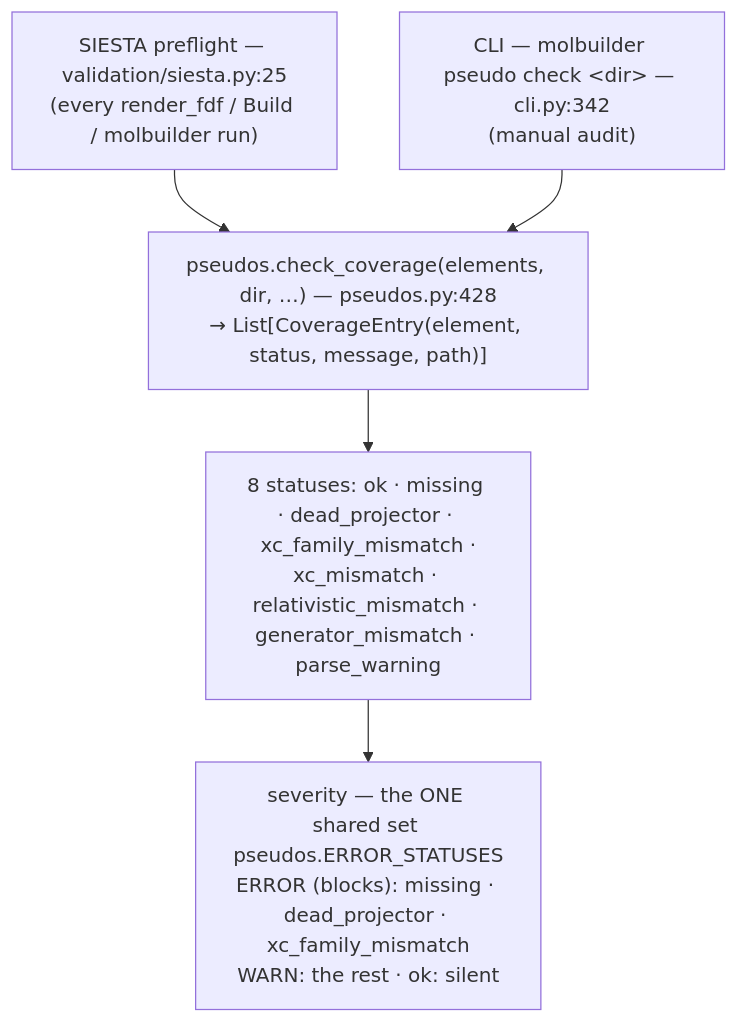
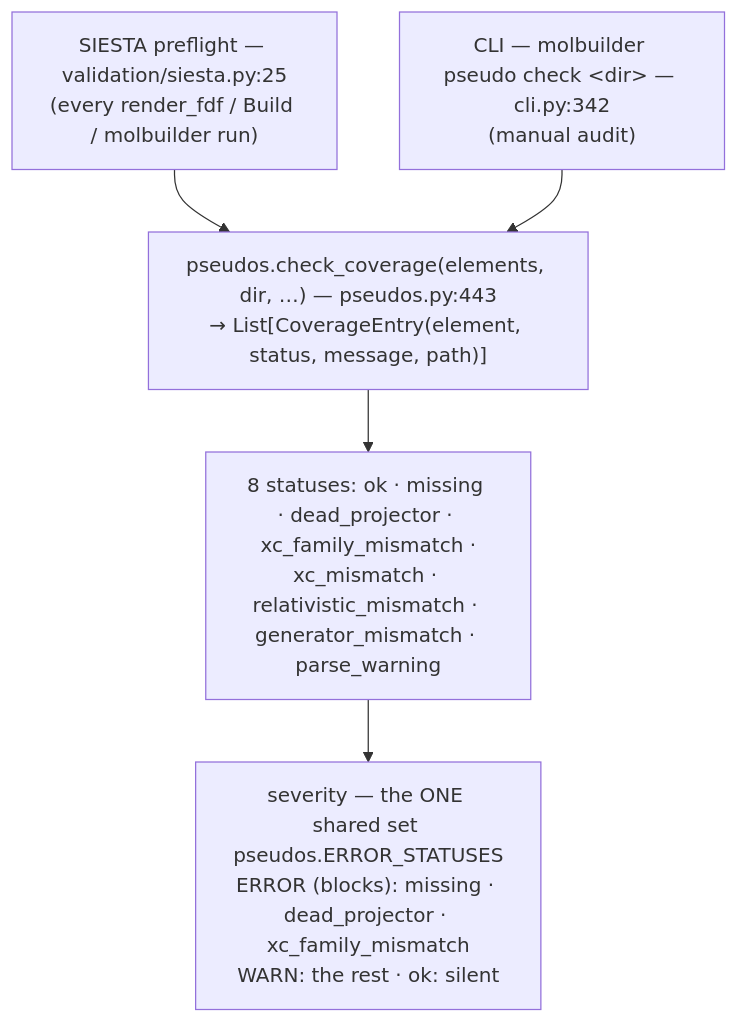
Before and after one commit to Qing-LAB/molbuilder: the diagram in docs/science/pseudopotentials.md, drawn with Mermaid. The commit also changed other lines of this file and 3 other files, not shown here.

````diff
--- a/docs/science/pseudopotentials.md
+++ b/docs/science/pseudopotentials.md
@@ -45,11 +45,11 @@
 ```mermaid
 flowchart TB
     P["SIESTA preflight — validation/siesta.py:25<br/>(every render_fdf / Build / molbuilder run)"]
     C["CLI — molbuilder pseudo check &lt;dir&gt; — cli.py:342<br/>(manual audit)"]
-    CC["pseudos.check_coverage(elements, dir, …) — pseudos.py:428<br/>→ List[CoverageEntry(element, status, message, path)]"]
+    CC["pseudos.check_coverage(elements, dir, …) — pseudos.py:443<br/>→ List[CoverageEntry(element, status, message, path)]"]
     ST["8 statuses: ok · missing · dead_projector · xc_family_mismatch ·<br/>xc_mismatch · relativistic_mismatch · generator_mismatch · parse_warning"]
     SEV["severity — the ONE shared set pseudos.ERROR_STATUSES<br/>ERROR (blocks): missing · dead_projector · xc_family_mismatch<br/>WARN: the rest · ok: silent"]
     P --> CC
     C --> CC
     CC --> ST --> SEV
 ```
````
